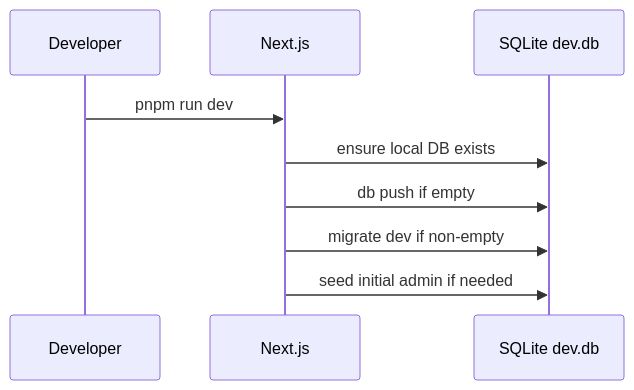
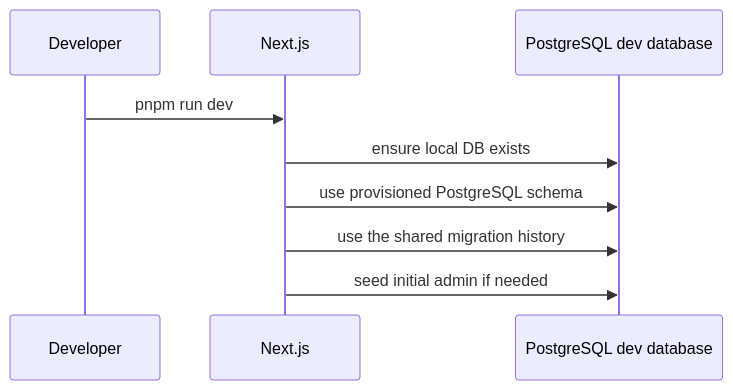
Before and after one commit to TKlerx/webapp-template: the first of 2 diagrams in specs/base/runtime-and-ops.md, drawn with Mermaid. The commit also changed other lines of this file and 72 other files, not shown here.

````diff
--- a/specs/base/runtime-and-ops.md
+++ b/specs/base/runtime-and-ops.md
@@ -25,12 +25,12 @@
 ```mermaid
 sequenceDiagram
     participant Dev as Developer
     participant App as Next.js
-    participant DB as SQLite dev.db
+    participant DB as PostgreSQL dev database
 
     Dev->>App: pnpm run dev
     App->>DB: ensure local DB exists
-    App->>DB: db push if empty
-    App->>DB: migrate dev if non-empty
+    App->>DB: use provisioned PostgreSQL schema
+    App->>DB: use the shared migration history
     App->>DB: seed initial admin if needed
 ```
````
